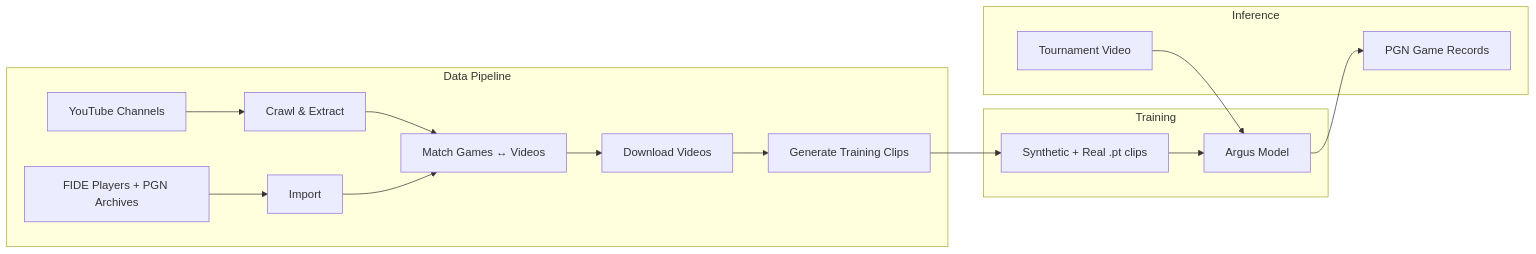
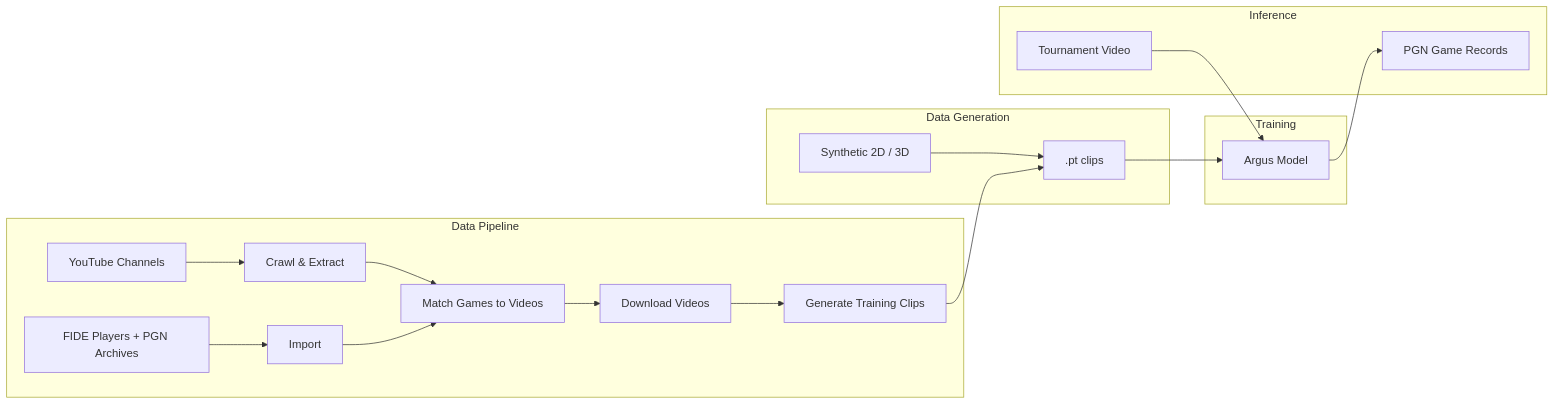
The second of 9 diagrams in README.md (dscape/argus), drawn with Mermaid before and after one commit. The commit also changed other lines of this file and 6 other files, not shown here.

````diff
--- a/README.md
+++ b/README.md
@@ -47,21 +55,25 @@
 ```mermaid
 graph LR
     subgraph "Data Pipeline"
         A[YouTube Channels] --> B[Crawl & Extract]
         C[FIDE Players + PGN Archives] --> D[Import]
-        B --> E[Match Games ↔ Videos]
+        B --> E[Match Games to Videos]
         D --> E
         E --> F[Download Videos]
         F --> G[Generate Training Clips]
     end
 
+    subgraph "Data Generation"
+        SYN[Synthetic 2D / 3D] --> CLIPS[".pt clips"]
+        G --> CLIPS
+    end
+
     subgraph "Training"
-        G --> H[Synthetic + Real .pt clips]
-        H --> I[Argus Model]
+        CLIPS --> MODEL[Argus Model]
     end
 
     subgraph "Inference"
-        J[Tournament Video] --> I
-        I --> K[PGN Game Records]
+        VID[Tournament Video] --> MODEL
+        MODEL --> PGN[PGN Game Records]
     end
 ```
````
